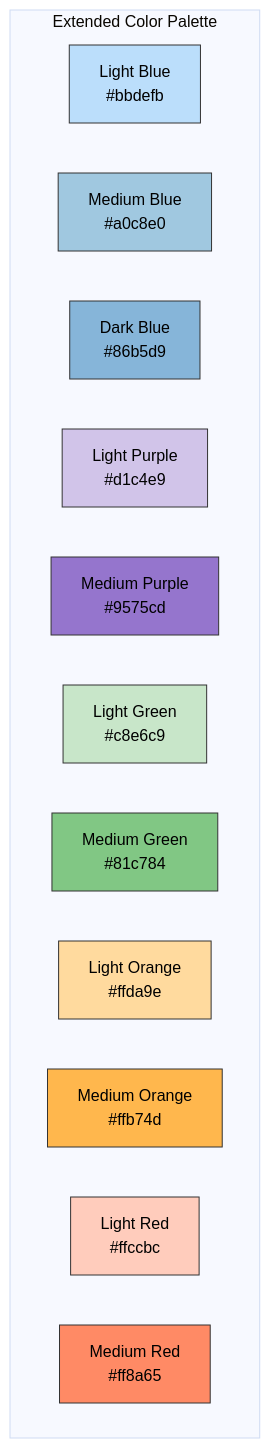
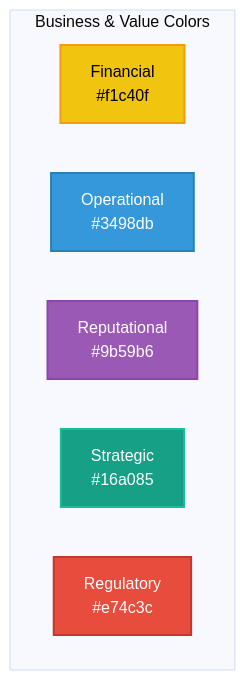
The second of 6 diagrams in docs/architecture/STYLE_GUIDE.md (Hack23/cia-compliance-manager), drawn with Mermaid (base theme) before and after one commit. The commit also changed other lines of this file and 1 other file, not shown here.

Commit message:
feat(docs): enhance contribution and style guidelines with updated color palettes and diagram styles

````diff
--- a/docs/architecture/STYLE_GUIDE.md
+++ b/docs/architecture/STYLE_GUIDE.md
@@ -76,28 +104,16 @@
 ```mermaid
 graph TD
-    subgraph "Extended Color Palette"
-        B1[Light Blue<br>#bbdefb]
-        B2[Medium Blue<br>#a0c8e0]
-        B3[Dark Blue<br>#86b5d9]
-        B4[Light Purple<br>#d1c4e9]
-        B5[Medium Purple<br>#9575cd]
-        B6[Light Green<br>#c8e6c9]
-        B7[Medium Green<br>#81c784]
-        B8[Light Orange<br>#ffda9e]
-        B9[Medium Orange<br>#ffb74d]
-        B10[Light Red<br>#ffccbc]
-        B11[Medium Red<br>#ff8a65]
+    subgraph "Business & Value Colors"
+        B1[Financial<br>#f1c40f]
+        B2[Operational<br>#3498db]
+        B3[Reputational<br>#9b59b6]
+        B4[Strategic<br>#16a085]
+        B5[Regulatory<br>#e74c3c]
     end
     
-    style B1 fill:#bbdefb,stroke:#333,stroke-width:1px,color:black
-    style B2 fill:#a0c8e0,stroke:#333,stroke-width:1px,color:black
-    style B3 fill:#86b5d9,stroke:#333,stroke-width:1px,color:black
-    style B4 fill:#d1c4e9,stroke:#333,stroke-width:1px,color:black
-    style B5 fill:#9575cd,stroke:#333,stroke-width:1px,color:black
-    style B6 fill:#c8e6c9,stroke:#333,stroke-width:1px,color:black
-    style B7 fill:#81c784,stroke:#333,stroke-width:1px,color:black
-    style B8 fill:#ffda9e,stroke:#333,stroke-width:1px,color:black
-    style B9 fill:#ffb74d,stroke:#333,stroke-width:1px,color:black
-    style B10 fill:#ffccbc,stroke:#333,stroke-width:1px,color:black
-    style B11 fill:#ff8a65,stroke:#333,stroke-width:1px,color:black
+    style B1 fill:#f1c40f,stroke:#f39c12,stroke-width:2px,color:black
+    style B2 fill:#3498db,stroke:#2980b9,stroke-width:2px,color:white
+    style B3 fill:#9b59b6,stroke:#8e44ad,stroke-width:2px,color:white
+    style B4 fill:#16a085,stroke:#1abc9c,stroke-width:2px,color:white
+    style B5 fill:#e74c3c,stroke:#c0392b,stroke-width:2px,color:white
 ```
````
